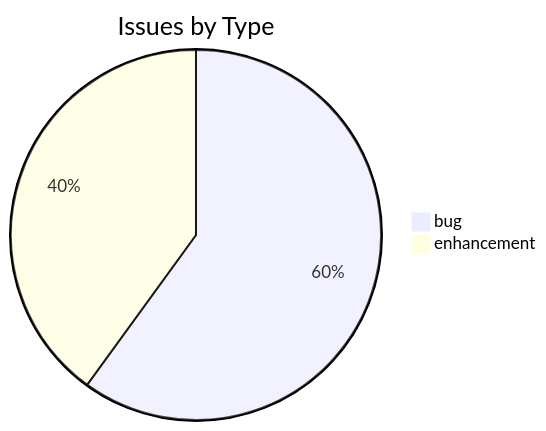
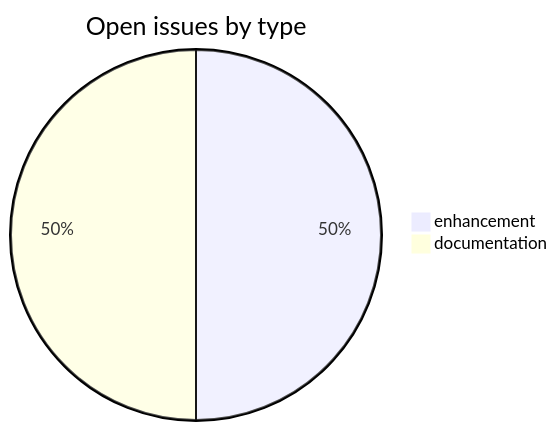
The first of 2 diagrams in README.md (sanskrit-lexicon/csl-doc), drawn with Mermaid before and after one commit. The commit also changed other lines of this file, not shown here.

````diff
--- a/README.md
+++ b/README.md
@@ -17,5 +28,5 @@
 ```mermaid
-pie title Issues by Type
-    "bug" : 3
-    "enhancement" : 2
+pie title Open issues by type
+    "enhancement" : 1
+    "documentation" : 1
 ```
````
